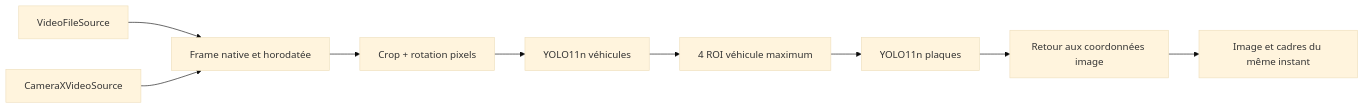
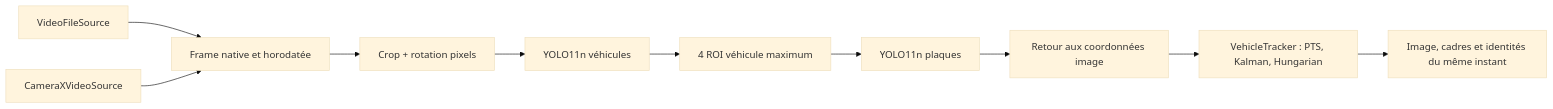
One commit to Valmdatascientest/speedvision changed the diagram in ARCHITECTURE.md. Above: the diagram before and after it, drawn with Mermaid (base theme). The commit also changed other lines of this file and 13 other files, not shown here.

````diff
--- a/ARCHITECTURE.md
+++ b/ARCHITECTURE.md
@@ -25,11 +26,12 @@
 ```mermaid
 flowchart LR
   F[VideoFileSource] --> V[Frame native et horodatée]
   C[CameraXVideoSource] --> V
   V --> U[Crop + rotation pixels]
   U --> D[YOLO11n véhicules]
   D --> R[4 ROI véhicule maximum]
   R --> P[YOLO11n plaques]
   P --> B[Retour aux coordonnées image]
-  B --> UI[Image et cadres du même instant]
+  B --> T[VehicleTracker : PTS, Kalman, Hungarian]
+  T --> UI[Image, cadres et identités du même instant]
 ```
````
